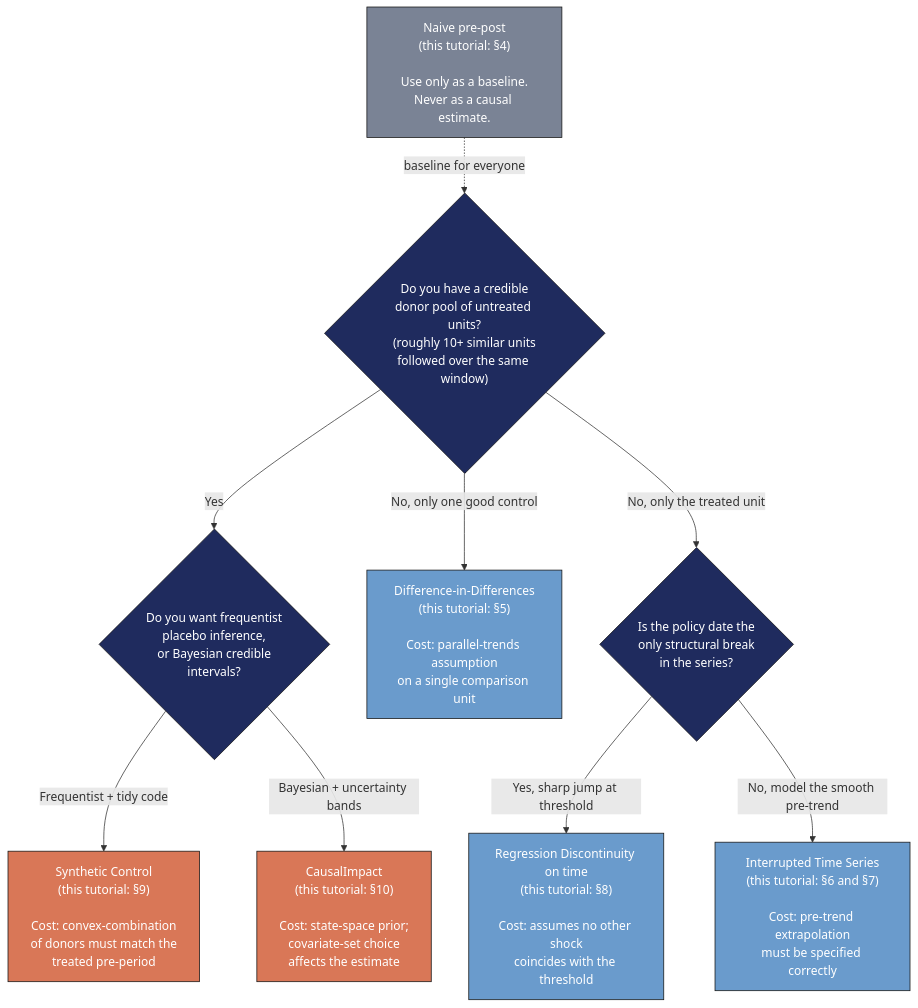
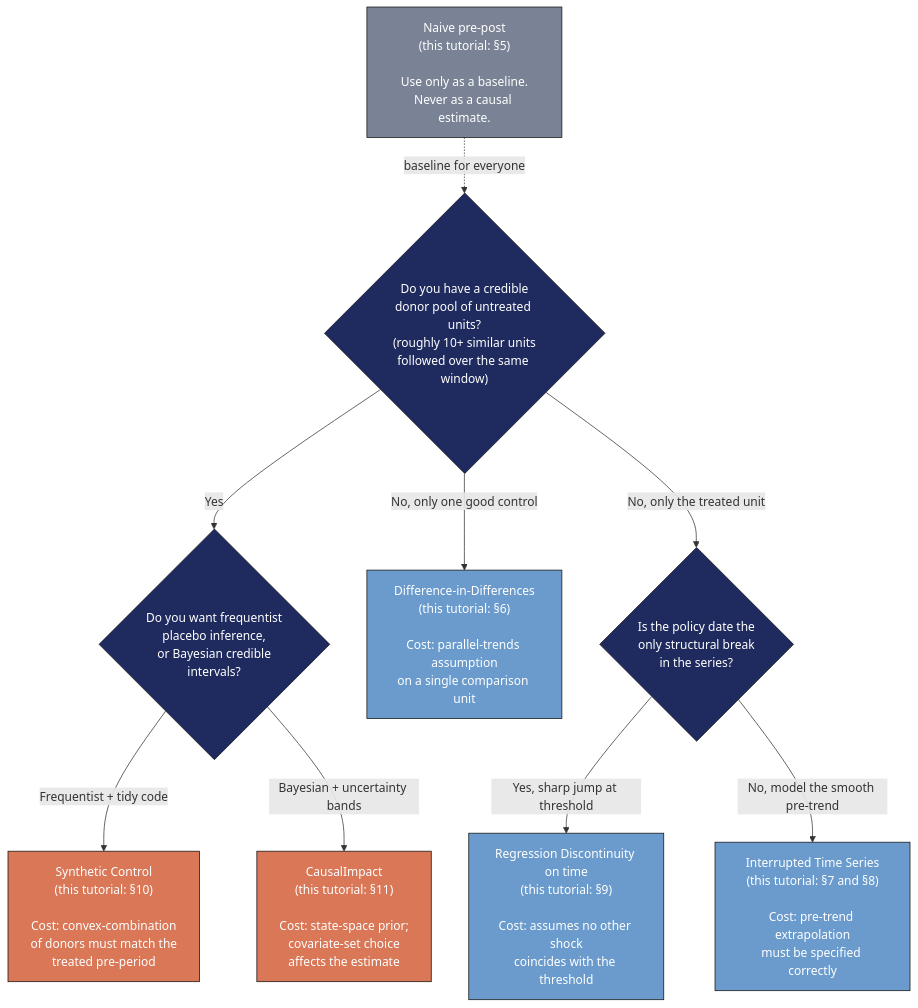
The second of 5 diagrams in content/post/r_causalpolicy_workshop/index.md (cmg777/starter-academic-v501), drawn with Mermaid before and after one commit. The commit also changed other lines of this file and 1 other file, not shown here.

````diff
--- a/content/post/r_causalpolicy_workshop/index.md
+++ b/content/post/r_causalpolicy_workshop/index.md
@@ -124,25 +124,25 @@
 ```mermaid
 flowchart TB
     Q1{"Do you have a credible<br/>donor pool of untreated units?<br/>(roughly 10+ similar units<br/>followed over the same window)"}
     Q1 -->|Yes| Q2{"Do you want frequentist<br/>placebo inference,<br/>or Bayesian credible<br/>intervals?"}
-    Q1 -->|No, only one good control| DiD["Difference-in-Differences<br/>(this tutorial: §5)<br/><br/>Cost: parallel-trends assumption<br/>on a single comparison unit"]
+    Q1 -->|No, only one good control| DiD["Difference-in-Differences<br/>(this tutorial: §6)<br/><br/>Cost: parallel-trends assumption<br/>on a single comparison unit"]
     Q1 -->|No, only the treated unit| Q3{"Is the policy date the<br/>only structural break<br/>in the series?"}
 
-    Q2 -->|Frequentist + tidy code| SCM["Synthetic Control<br/>(this tutorial: §9)<br/><br/>Cost: convex-combination<br/>of donors must match the<br/>treated pre-period"]
-    Q2 -->|Bayesian + uncertainty bands| CI["CausalImpact<br/>(this tutorial: §10)<br/><br/>Cost: state-space prior;<br/>covariate-set choice<br/>affects the estimate"]
+    Q2 -->|Frequentist + tidy code| SCM["Synthetic Control<br/>(this tutorial: §10)<br/><br/>Cost: convex-combination<br/>of donors must match the<br/>treated pre-period"]
+    Q2 -->|Bayesian + uncertainty bands| CI["CausalImpact<br/>(this tutorial: §11)<br/><br/>Cost: state-space prior;<br/>covariate-set choice<br/>affects the estimate"]
 
-    Q3 -->|Yes, sharp jump at threshold| RDD["Regression Discontinuity on time<br/>(this tutorial: §8)<br/><br/>Cost: assumes no other shock<br/>coincides with the threshold"]
-    Q3 -->|No, model the smooth pre-trend| ITS["Interrupted Time Series<br/>(this tutorial: §6 and §7)<br/><br/>Cost: pre-trend extrapolation<br/>must be specified correctly"]
+    Q3 -->|Yes, sharp jump at threshold| RDD["Regression Discontinuity on time<br/>(this tutorial: §9)<br/><br/>Cost: assumes no other shock<br/>coincides with the threshold"]
+    Q3 -->|No, model the smooth pre-trend| ITS["Interrupted Time Series<br/>(this tutorial: §7 and §8)<br/><br/>Cost: pre-trend extrapolation<br/>must be specified correctly"]
 
-    NAIVE["Naive pre-post<br/>(this tutorial: §4)<br/><br/>Use only as a baseline.<br/>Never as a causal estimate."] -.->|"baseline for everyone"| Q1
+    NAIVE["Naive pre-post<br/>(this tutorial: §5)<br/><br/>Use only as a baseline.<br/>Never as a causal estimate."] -.->|"baseline for everyone"| Q1
 
     style Q1 fill:#1f2b5e,stroke:#141413,color:#fff
     style Q2 fill:#1f2b5e,stroke:#141413,color:#fff
     style Q3 fill:#1f2b5e,stroke:#141413,color:#fff
     style DiD fill:#6a9bcc,stroke:#141413,color:#fff
     style SCM fill:#d97757,stroke:#141413,color:#fff
     style CI fill:#d97757,stroke:#141413,color:#fff
     style RDD fill:#6a9bcc,stroke:#141413,color:#fff
     style ITS fill:#6a9bcc,stroke:#141413,color:#fff
     style NAIVE fill:#7a8395,stroke:#141413,color:#fff
 ```
````
